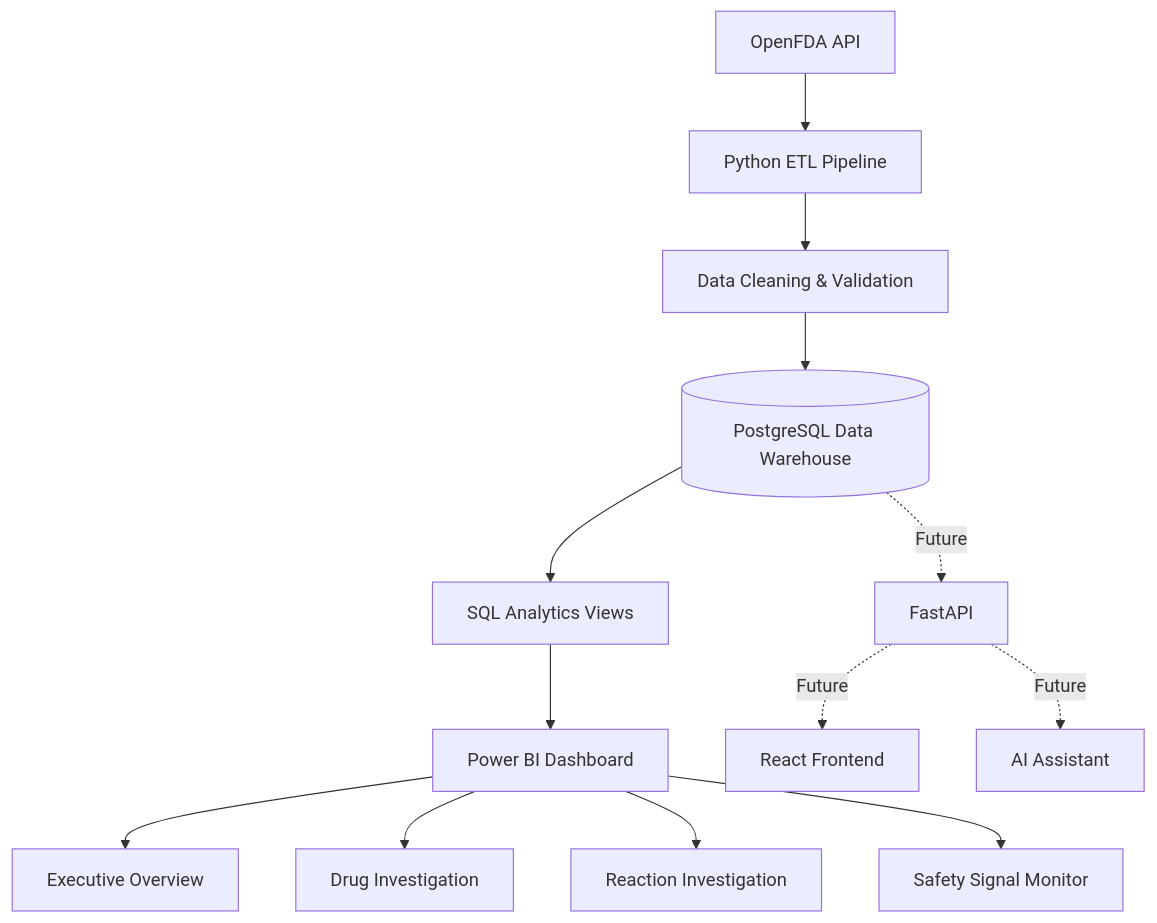
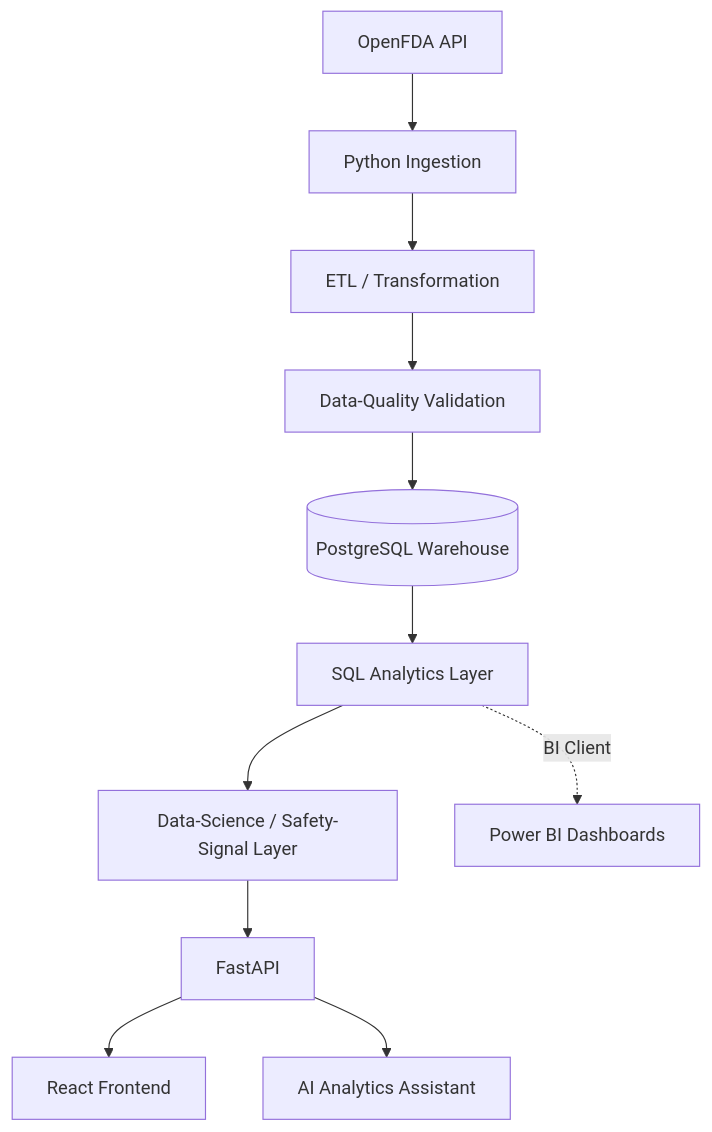
One commit to AjitMahapatro/LifeSci-Sentinel-Drug-Safety-Analytics-Platform- changed the diagram in README.md. Above: the diagram before and after it, drawn with Mermaid. The commit also changed other lines of this file and 42 other files, not shown here.

````diff
--- a/README.md
+++ b/README.md
@@ -27,29 +97,13 @@
 ```mermaid
 graph TD
-
-A[OpenFDA API]
-
-A --> B[Python ETL Pipeline]
-
-B --> C[Data Cleaning & Validation]
-
-C --> D[(PostgreSQL Data Warehouse)]
-
-D --> E[SQL Analytics Views]
-
-E --> F[Power BI Dashboard]
-
-F --> G[Executive Overview]
-
-F --> H[Drug Investigation]
-
-F --> I[Reaction Investigation]
-
-F --> J[Safety Signal Monitor]
-
-D -. Future .-> K[FastAPI]
-
-K -. Future .-> L[React Frontend]
-
-K -. Future .-> M[AI Assistant]
+    A[OpenFDA API] --> B[Python Ingestion]
+    B --> C[ETL / Transformation]
+    C --> D[Data-Quality Validation]
+    D --> E[(PostgreSQL Warehouse)]
+    E --> F[SQL Analytics Layer]
+    F --> G[Data-Science / Safety-Signal Layer]
+    G --> H[FastAPI]
+    H --> I[React Frontend]
+    H --> J[AI Analytics Assistant]
+    F -. BI Client .-> K[Power BI Dashboards]
 ```
````
